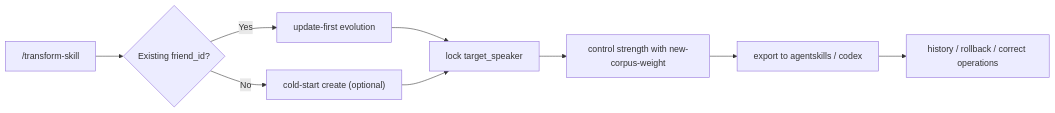
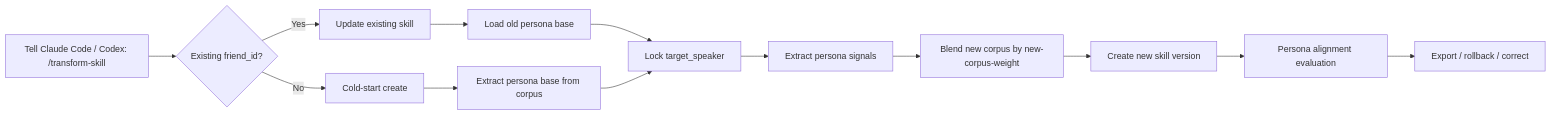
Before and after one commit to Xuan-0929/transform-skill: the diagram in readme_EN.md, drawn with Mermaid. The commit also changed other lines of this file and 40 other files, not shown here.

Commit message:
Improve persona alignment distillation docs

````diff
--- a/readme_EN.md
+++ b/readme_EN.md
@@ -42,11 +58,15 @@
 ```mermaid
 flowchart LR
-  A["/transform-skill"] --> B{"Existing friend_id?"}
-  B -->|Yes| C["update-first evolution"]
-  B -->|No| D["cold-start create (optional)"]
-  C --> E["lock target_speaker"]
-  D --> E
-  E --> F["control strength with new-corpus-weight"]
-  F --> G["export to agentskills / codex"]
-  G --> H["history / rollback / correct operations"]
+  A["Tell Claude Code / Codex: /transform-skill"] --> B{"Existing friend_id?"}
+  B -->|Yes| C["Update existing skill"]
+  B -->|No| D["Cold-start create"]
+  C --> E["Load old persona base"]
+  D --> F["Extract persona base from corpus"]
+  E --> G["Lock target_speaker"]
+  F --> G
+  G --> H["Extract persona signals"]
+  H --> I["Blend new corpus by new-corpus-weight"]
+  I --> J["Create new skill version"]
+  J --> K["Persona alignment evaluation"]
+  K --> L["Export / rollback / correct"]
 ```
````
